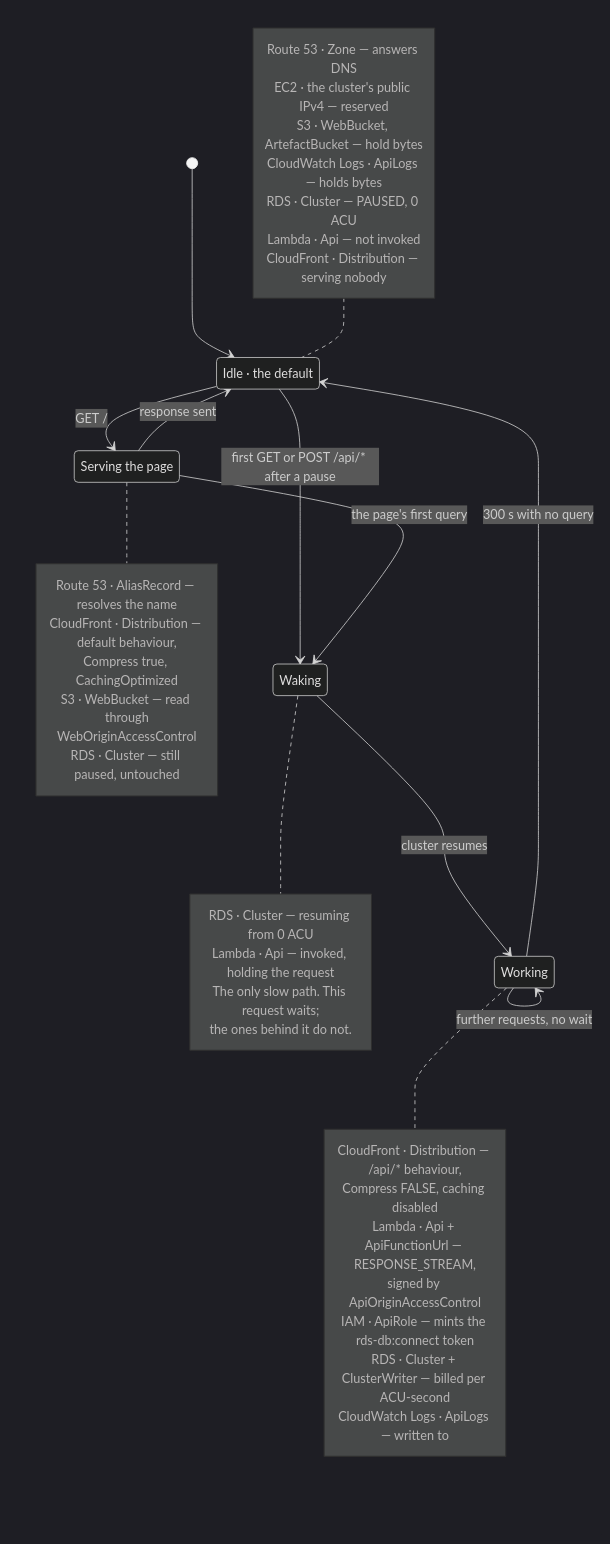
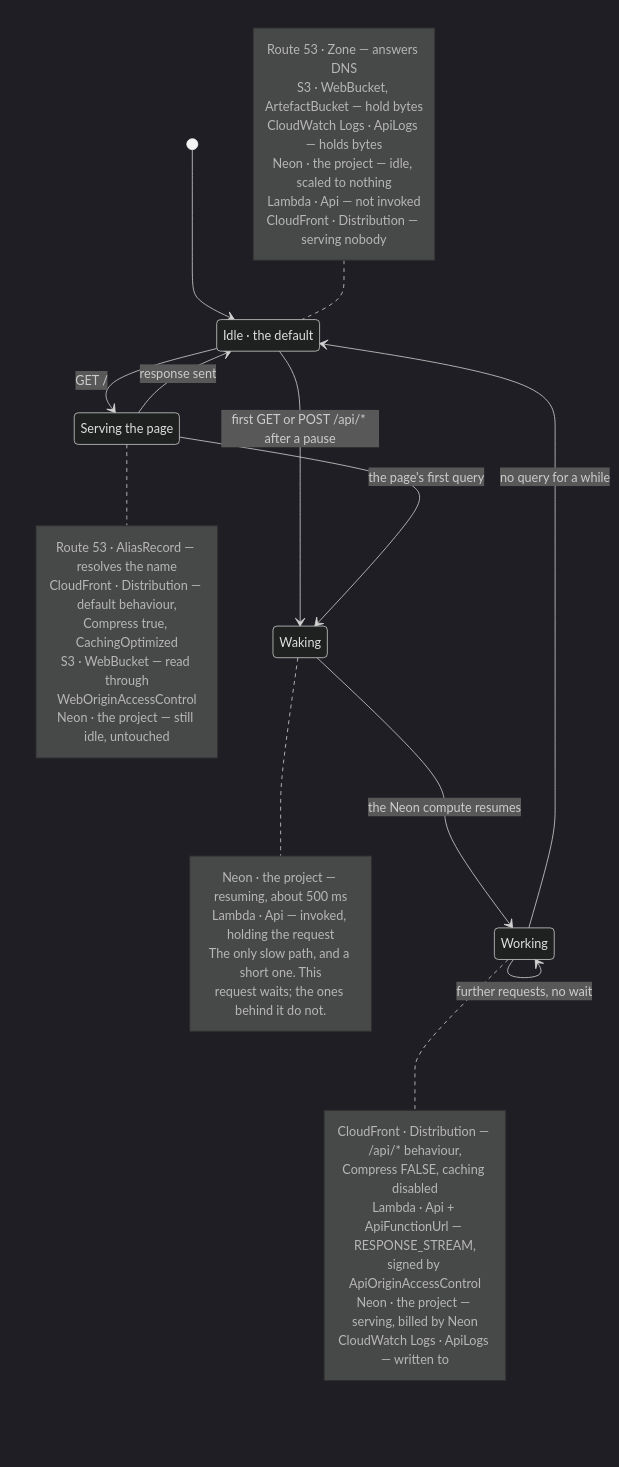
Before and after one commit to Ovich/job-application-ai: the third of 5 diagrams in infra/architecture.md, drawn with Mermaid (dark theme). The commit also changed other lines of this file and 2 other files, not shown here.

First line of the commit message:
docs(infra): the tier below the function is not in the account any more (S7.9)

````diff
--- a/infra/architecture.md
+++ b/infra/architecture.md
@@ -256,49 +264,47 @@
 ```mermaid
 stateDiagram-v2
   [*] --> Idle
   state "Idle · the default" as Idle
   state "Serving the page" as Page
   state "Waking" as Waking
   state "Working" as Working
 
   Idle --> Page: GET /
   Page --> Idle: response sent
   Idle --> Waking: first GET or POST /api/* after a pause
   Page --> Waking: the page's first query
-  Waking --> Working: cluster resumes
+  Waking --> Working: the Neon compute resumes
   Working --> Working: further requests, no wait
-  Working --> Idle: 300 s with no query
+  Working --> Idle: no query for a while
 
   note left of Idle
     Route 53 · Zone — answers DNS
-    EC2 · the cluster's public IPv4 — reserved
     S3 · WebBucket, ArtefactBucket — hold bytes
     CloudWatch Logs · ApiLogs — holds bytes
-    RDS · Cluster — PAUSED, 0 ACU
+    Neon · the project — idle, scaled to nothing
     Lambda · Api — not invoked
     CloudFront · Distribution — serving nobody
   end note
   note right of Page
     Route 53 · AliasRecord — resolves the name
     CloudFront · Distribution — default behaviour,
       Compress true, CachingOptimized
     S3 · WebBucket — read through
       WebOriginAccessControl
-    RDS · Cluster — still paused, untouched
+    Neon · the project — still idle, untouched
   end note
   note right of Waking
-    RDS · Cluster — resuming from 0 ACU
+    Neon · the project — resuming, about 500 ms
     Lambda · Api — invoked, holding the request
-    The only slow path. This request waits;
-    the ones behind it do not.
+    The only slow path, and a short one. This
+    request waits; the ones behind it do not.
   end note
   note right of Working
     CloudFront · Distribution — /api/* behaviour,
       Compress FALSE, caching disabled
     Lambda · Api + ApiFunctionUrl — RESPONSE_STREAM,
       signed by ApiOriginAccessControl
-    IAM · ApiRole — mints the rds-db:connect token
-    RDS · Cluster + ClusterWriter — billed per ACU-second
+    Neon · the project — serving, billed by Neon
     CloudWatch Logs · ApiLogs — written to
   end note
 ```
````
